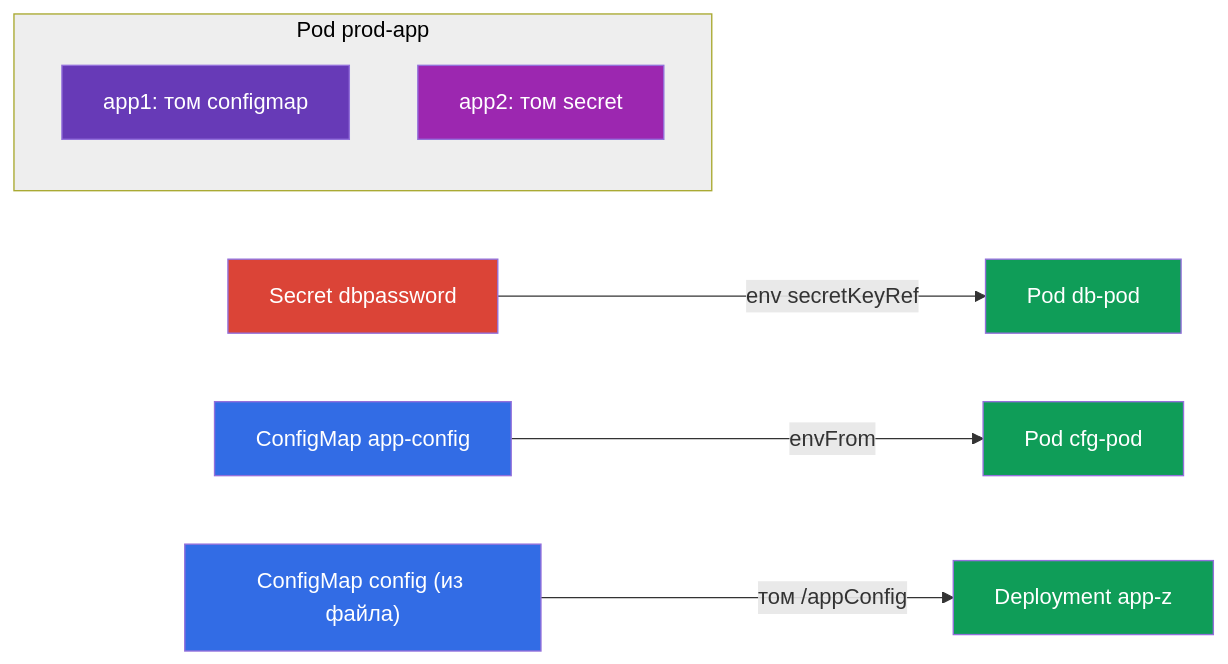
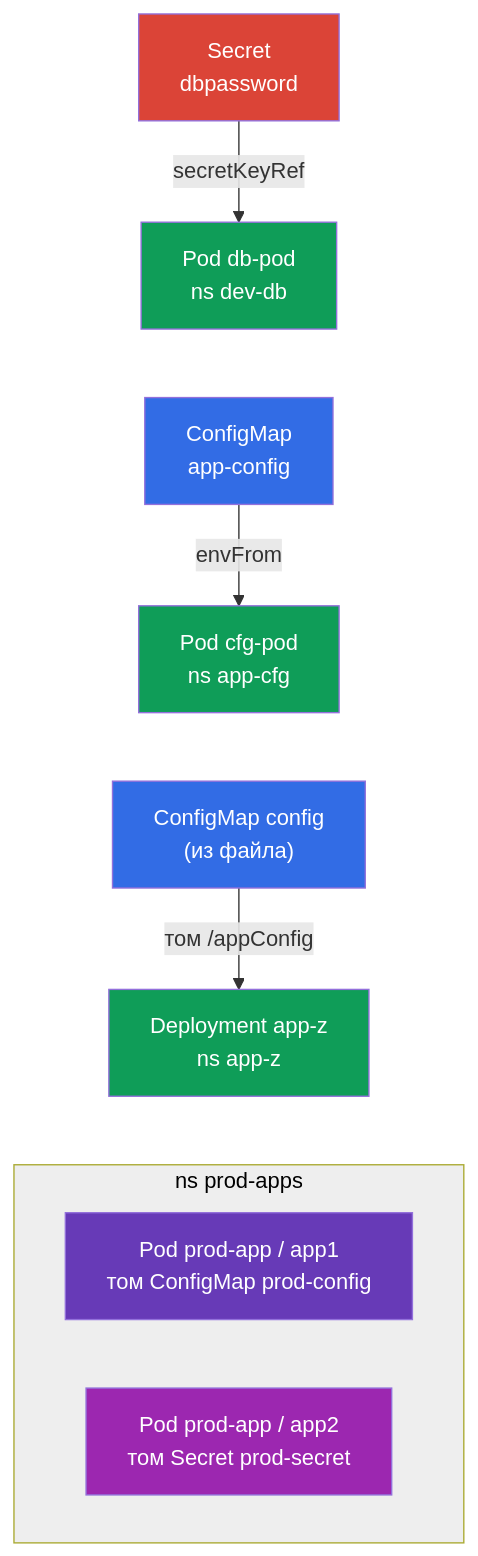
Before and after one commit to ViktorUJ/cks: the diagram in tasks/cka/labs/105/README_RU.MD, drawn with Mermaid. The commit also changed other lines of this file and 36 other files, not shown here.

````diff
--- a/tasks/cka/labs/105/README_RU.MD
+++ b/tasks/cka/labs/105/README_RU.MD
@@ -30,19 +37,22 @@
 ```mermaid
-flowchart LR
-    sec["Secret dbpassword"] -->|"env secretKeyRef"| db["Pod db-pod"]
-    cm1["ConfigMap app-config"] -->|"envFrom"| cfg["Pod cfg-pod"]
-    cm2["ConfigMap config (из файла)"] -->|"том /appConfig"| dep["Deployment app-z"]
-    subgraph prod["Pod prod-app"]
-        c1["app1: том configmap"]
-        c2["app2: том secret"]
+flowchart TB
+    sec["Secret<br>dbpassword"] -->|"secretKeyRef"| db["Pod db-pod<br>ns dev-db"]
+    cm1["ConfigMap<br>app-config"] -->|"envFrom"| cfg["Pod cfg-pod<br>ns app-cfg"]
+    cm2["ConfigMap config<br>(из файла)"] -->|"том /appConfig"| dep["Deployment app-z<br>ns app-z"]
+    subgraph prod["ns prod-apps"]
+        c1["Pod prod-app / app1<br>том ConfigMap prod-config"]
+        c2["Pod prod-app / app2<br>том Secret prod-secret"]
     end
+    db ~~~ cm1
+    cfg ~~~ cm2
+    dep ~~~ prod
     style sec fill:#db4437,color:#fff
     style cm1 fill:#326ce5,color:#fff
     style cm2 fill:#326ce5,color:#fff
     style db fill:#0f9d58,color:#fff
     style cfg fill:#0f9d58,color:#fff
     style dep fill:#0f9d58,color:#fff
     style prod fill:#eeeeee,color:#000
     style c1 fill:#673ab7,color:#fff
     style c2 fill:#9c27b0,color:#fff
 ```
````
